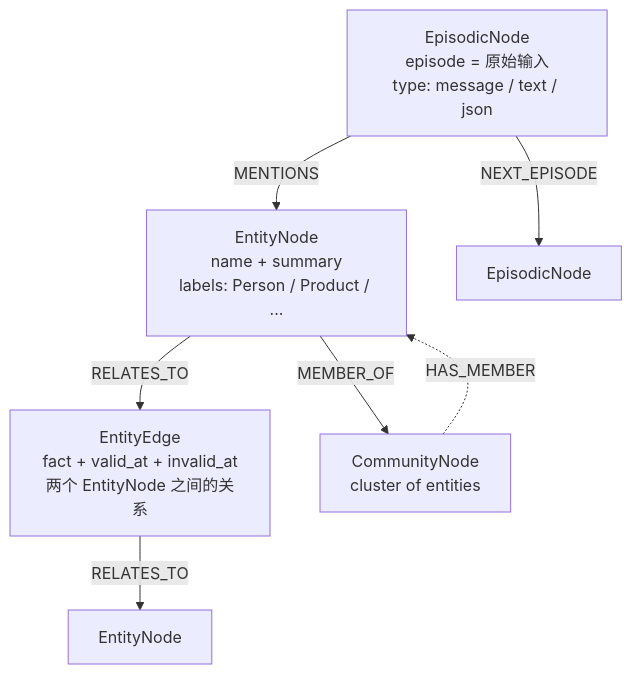
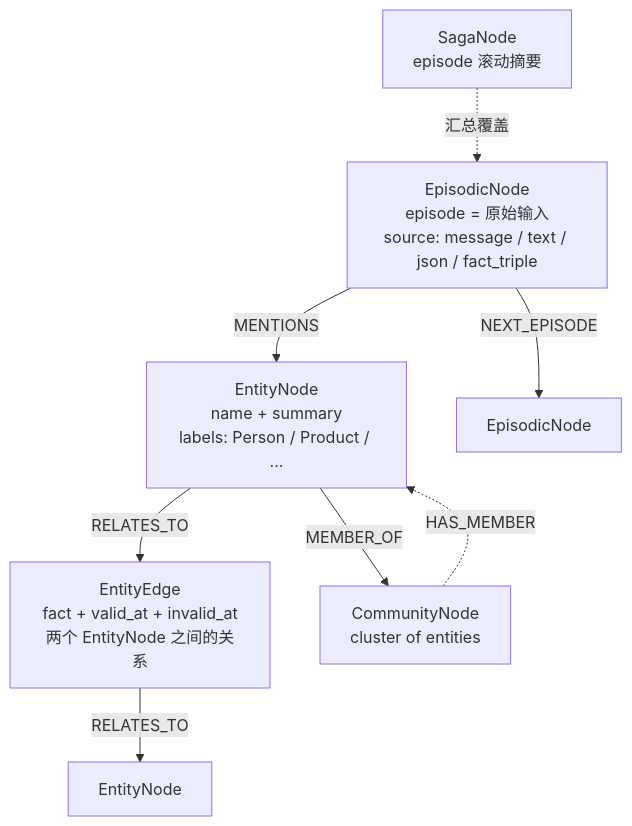
One commit to A1pha3/text-matrix changed the diagram in content/posts/tech/graphiti-temporal-context-graph-agent-memory-engine.md. Above: the diagram before and after it, drawn with Mermaid. The commit also changed other lines of this file and 227 other files, not shown here.

````diff
--- a/content/posts/tech/graphiti-temporal-context-graph-agent-memory-engine.md
+++ b/content/posts/tech/graphiti-temporal-context-graph-agent-memory-engine.md
@@ -78,14 +78,16 @@
 ```mermaid
 graph TD
-    Epi[EpisodicNode<br/>episode = 原始输入<br/>type: message / text / json]
+    Epi[EpisodicNode<br/>episode = 原始输入<br/>source: message / text / json / fact_triple]
     Ent[EntityNode<br/>name + summary<br/>labels: Person / Product / ...]
     Edge[EntityEdge<br/>fact + valid_at + invalid_at<br/>两个 EntityNode 之间的关系]
     Comm[CommunityNode<br/>cluster of entities]
-    
+    Saga[SagaNode<br/>episode 滚动摘要]
+
     Epi -->|MENTIONS| Ent
     Epi -->|NEXT_EPISODE| Epi2[EpisodicNode]
     Ent -->|RELATES_TO| Edge
     Edge -->|RELATES_TO| Ent2[EntityNode]
     Ent -->|MEMBER_OF| Comm
     Comm -.->|HAS_MEMBER| Ent
+    Saga -.->|汇总覆盖| Epi
 ```
````
